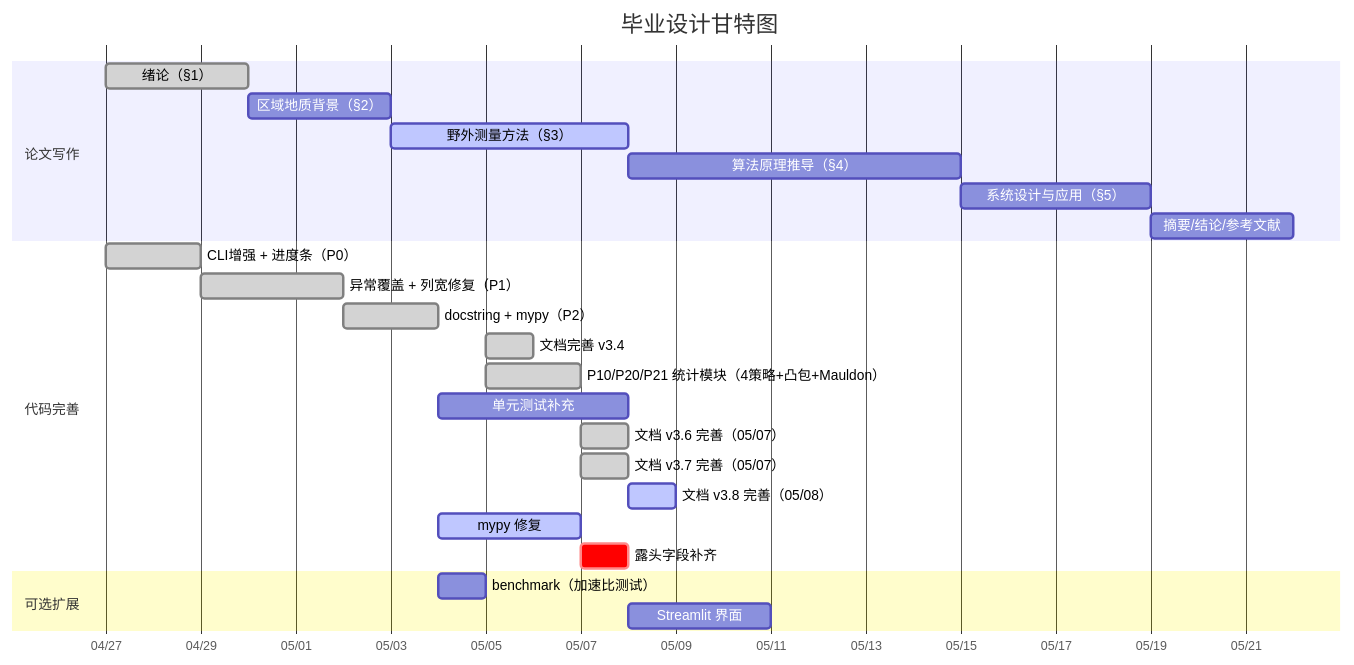
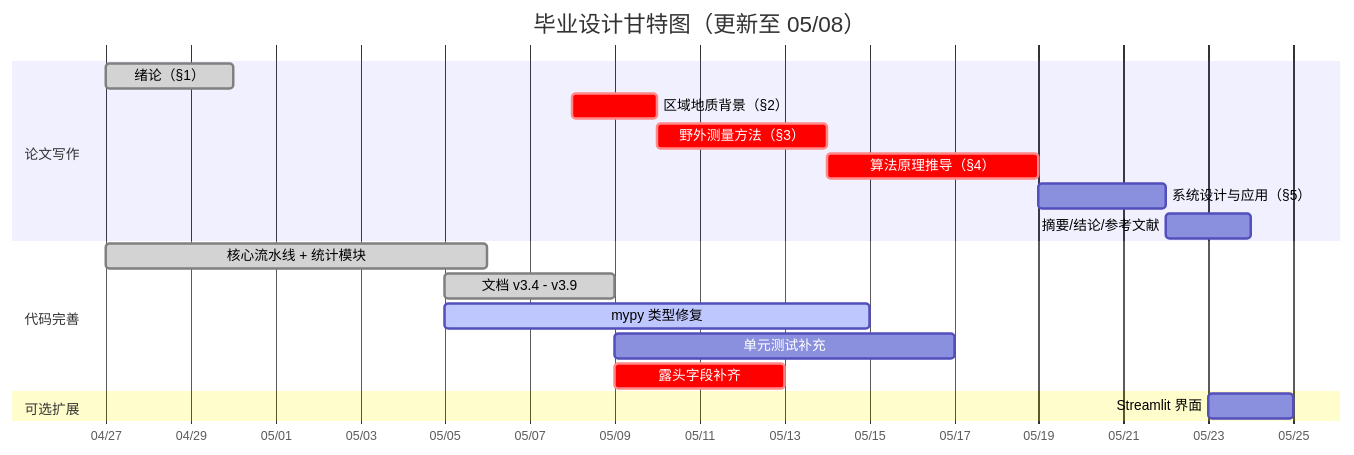
The diagram in reference/毕业设计任务流程与预期成果.md (zylyes/TracePipeline), drawn with Mermaid before and after one commit. The commit also changed other lines of this file and 1 other file, not shown here.

````diff
--- a/reference/毕业设计任务流程与预期成果.md
+++ b/reference/毕业设计任务流程与预期成果.md
@@ -474,31 +241,24 @@
 ```mermaid
 gantt
-    title 毕业设计甘特图
+    title 毕业设计甘特图（更新至 05/08）
     dateFormat  YYYY-MM-DD
     axisFormat  %m/%d
 
     section 论文写作
     绪论（§1）               :done, a0, 2026-04-27, 3d
-    区域地质背景（§2）        :a1, after a0, 3d
-    野外测量方法（§3）        :active, a2, after a1, 5d
-    算法原理推导（§4）        :a3, after a2, 7d
-    系统设计与应用（§5）      :a4, after a3, 4d
-    摘要/结论/参考文献        :a5, after a4, 3d
+    区域地质背景（§2）        :crit, a1, 2026-05-08, 2d
+    野外测量方法（§3）        :crit, a2, after a1, 4d
+    算法原理推导（§4）        :crit, a3, after a2, 5d
+    系统设计与应用（§5）      :a4, after a3, 3d
+    摘要/结论/参考文献        :a5, after a4, 2d
 
     section 代码完善
-    CLI增强 + 进度条（P0）    :done, b1, 2026-04-27, 2d
-    异常覆盖 + 列宽修复（P1） :done, b2, after b1, 3d
-    docstring + mypy（P2）   :done, b3, after b2, 2d
-    文档完善 v3.4             :done, c3, 2026-05-05, 1d
-    P10/P20/P21 统计模块（4策略+凸包+Mauldon） :done, b5, 2026-05-05, 2d
-    单元测试补充              :b4, after b3, 4d
-    文档 v3.6 完善（05/07）   :done, d1, 2026-05-07, 1d
-    文档 v3.7 完善（05/07）   :done, d3, 2026-05-07, 1d
-    文档 v3.8 完善（05/08）   :active, d4, 2026-05-08, 1d
-    mypy 修复                 :active, b6, after b3, 3d
-    露头字段补齐              :crit, d2, 2026-05-07, 1d
+    核心流水线 + 统计模块     :done, b0, 2026-04-27, 9d
+    文档 v3.4 - v3.9          :done, d0, 2026-05-05, 4d
+    mypy 类型修复             :active, b6, 2026-05-05, 10d
+    单元测试补充              :b4, 2026-05-09, 8d
+    露头字段补齐              :crit, d2, 2026-05-09, 4d
 
     section 可选扩展
-    benchmark（加速比测试）   :b7, after b3, 1d
-    Streamlit 界面            :c1, after b4, 3d
+    Streamlit 界面            :c1, 2026-05-23, 2d
 ```
````
